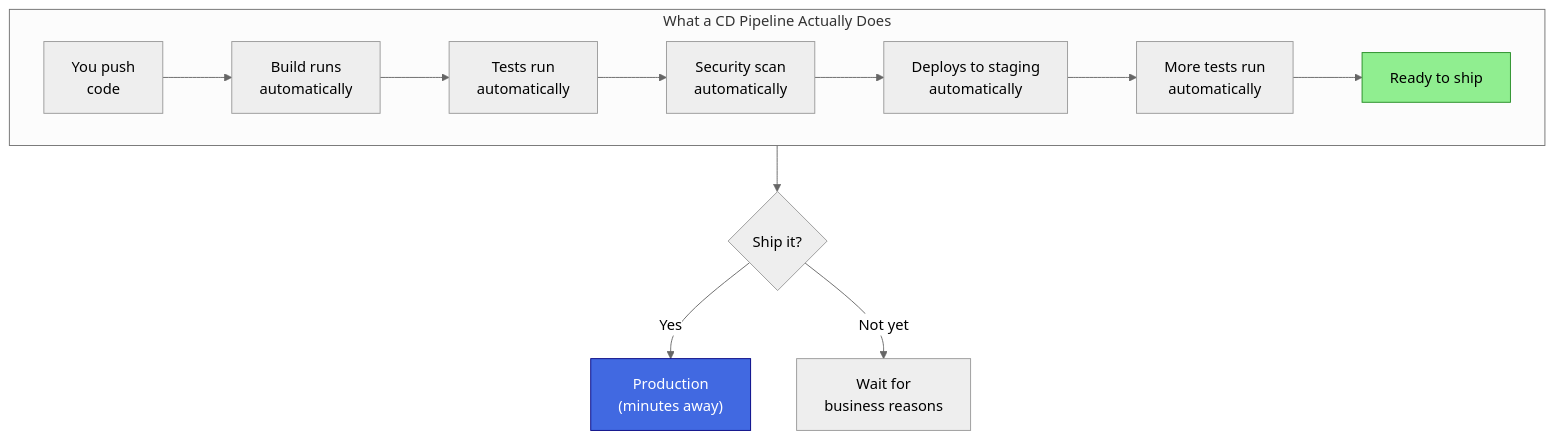
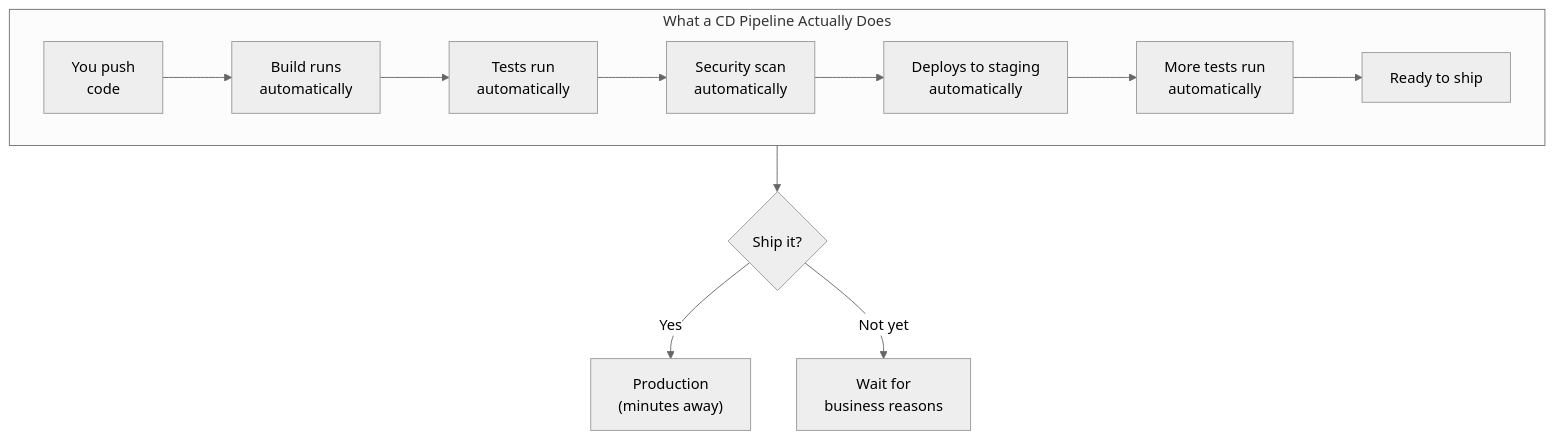
One commit to shivam-g-mishra/blog changed the second of 2 diagrams in docs/cicd/introduction.md. Above: the diagram before and after it, drawn with Mermaid. The commit also changed other lines of this file and 23 other files, not shown here.

First line of the commit message:
fix: improve Mermaid diagram visibility in dark mode

````diff
--- a/docs/cicd/introduction.md
+++ b/docs/cicd/introduction.md
@@ -131,20 +127,17 @@
 ```mermaid
 %%{init: {'theme': 'neutral'}}%%
 flowchart TB
     subgraph pipeline["What a CD Pipeline Actually Does"]
         direction LR
         C["You push<br/>code"] --> B["Build runs<br/>automatically"]
         B --> UT["Tests run<br/>automatically"]
         UT --> SEC["Security scan<br/>automatically"]
         SEC --> STG["Deploys to staging<br/>automatically"]
         STG --> E2E["More tests run<br/>automatically"]
         E2E --> READY["Ready to ship"]
     end
     
     READY --> DECISION{"Ship it?"}
     DECISION -->|"Yes"| PROD["Production<br/>(minutes away)"]
     DECISION -->|"Not yet"| WAIT["Wait for<br/>business reasons"]
-    
-    style READY fill:#90EE90,stroke:#228B22
-    style PROD fill:#4169E1,stroke:#000080,color:#fff
 ```
````
